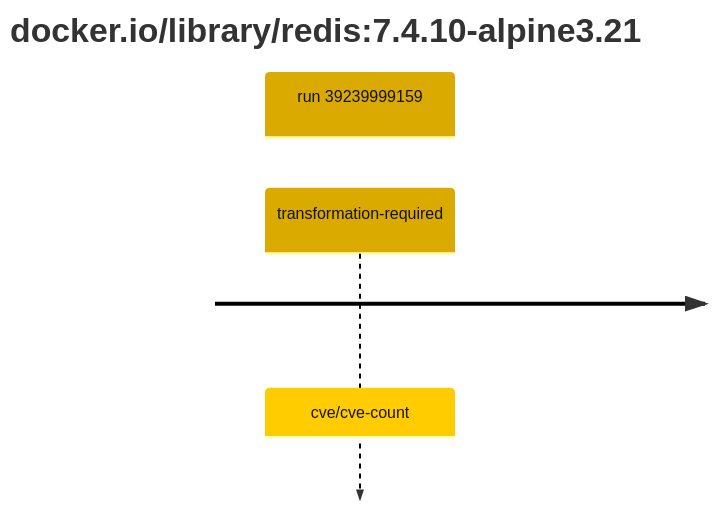
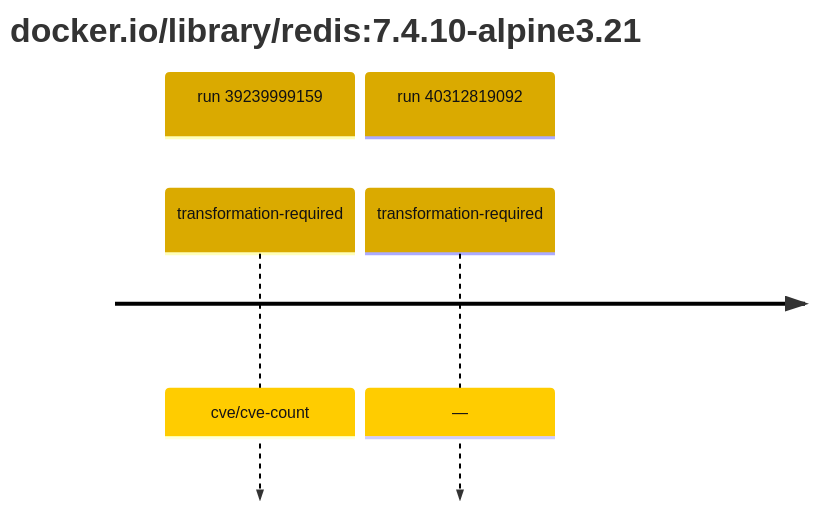
The first of 2 diagrams in results/reports/redis-7/sha256:81e0666e00468ac16dca828be5b102b4abf4aa54f424b2c647b22aea5a0f647e/40312819092-1.md (trivoallan/base-images), drawn with Mermaid before and after one commit. The commit also changed other lines of this file and 4 other files, not shown here.

````diff
--- a/results/reports/redis-7/sha256:81e0666e00468ac16dca828be5b102b4abf4aa54f424b2c647b22aea5a0f647e/40312819092-1.md
+++ b/results/reports/redis-7/sha256:81e0666e00468ac16dca828be5b102b4abf4aa54f424b2c647b22aea5a0f647e/40312819092-1.md
@@ -5,7 +5,9 @@
 ```mermaid
-%%{init: {"theme": "default", "themeVariables": {"cScale0": "#daaa00", "cScaleLabel0": "#121212"}}}%%
+%%{init: {"theme": "default", "themeVariables": {"cScale0": "#daaa00", "cScaleLabel0": "#121212", "cScale1": "#daaa00", "cScaleLabel1": "#121212"}}}%%
 timeline
     title docker.io/library/redis#58;7.4.10-alpine3.21
     section run 39239999159
         transformation-required : cve/cve-count
+    section run 40312819092
+        transformation-required : —
 ```
````
